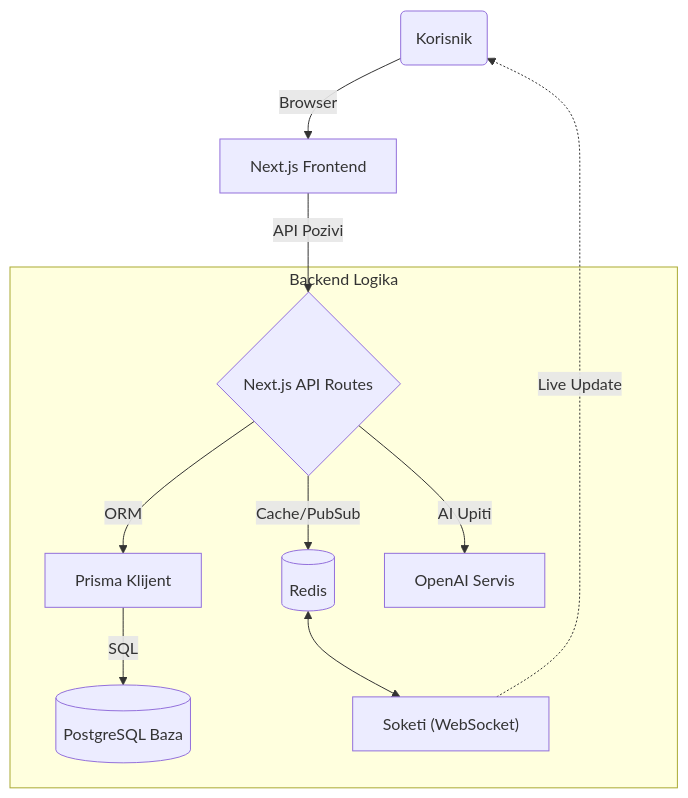
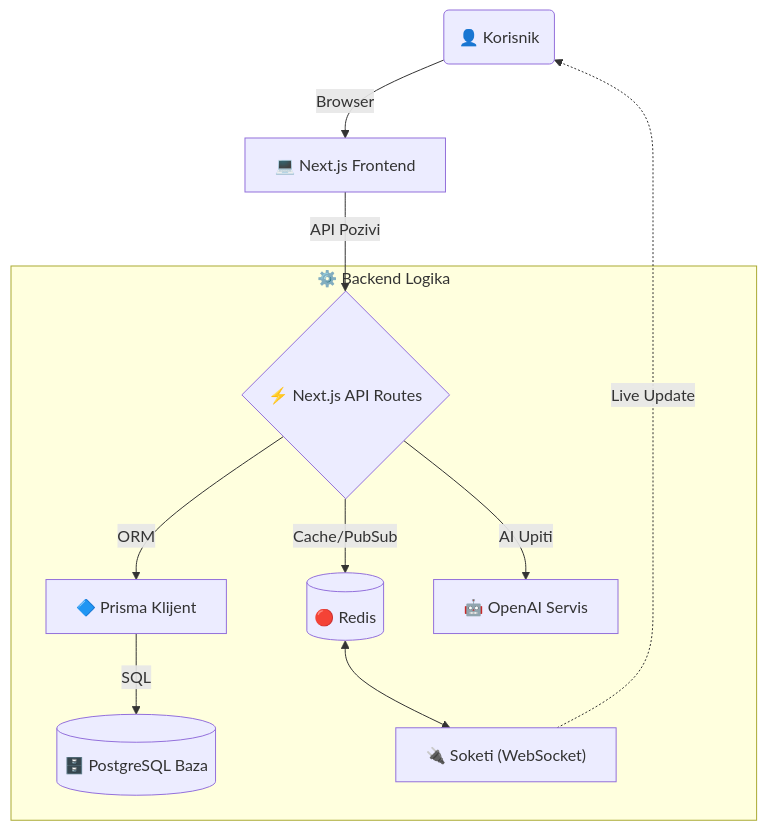
Before and after one commit to Cloudzz-dev/razvoj-softvera: the diagram in DFDS_Dokumentacija.md, drawn with Mermaid. The commit also changed other lines of this file and 16 other files, not shown here.

````diff
--- a/DFDS_Dokumentacija.md
+++ b/DFDS_Dokumentacija.md
@@ -24,17 +29,17 @@
 ```mermaid
 graph TD
-    User(" Korisnik") -->|Browser| UI["Next.js Frontend"]
-    UI -->|API Pozivi| API{"Next.js API Routes"}
+    User("👤 Korisnik") -->|Browser| UI["💻 Next.js Frontend"]
+    UI -->|API Pozivi| API{"⚡ Next.js API Routes"}
     
-    subgraph Backend ["Backend Logika"]
-        API -->|ORM| Prisma["Prisma Klijent"]
-        Prisma -->|SQL| DB[("PostgreSQL Baza")]
+    subgraph Backend ["⚙️ Backend Logika"]
+        API -->|ORM| Prisma["🔷 Prisma Klijent"]
+        Prisma -->|SQL| DB[("🗄️ PostgreSQL Baza")]
         
-        API -->|Cache/PubSub| Redis[("Redis")]
-        Redis <--> Soketi["Soketi (WebSocket)"]
+        API -->|Cache/PubSub| Redis[("🔴 Redis")]
+        Redis <--> Soketi["🔌 Soketi (WebSocket)"]
         
-        API -->|AI Upiti| GPT["OpenAI Servis"]
+        API -->|AI Upiti| GPT["🤖 OpenAI Servis"]
     end
     
     Soketi -.->|Live Update| User
 ```
````
